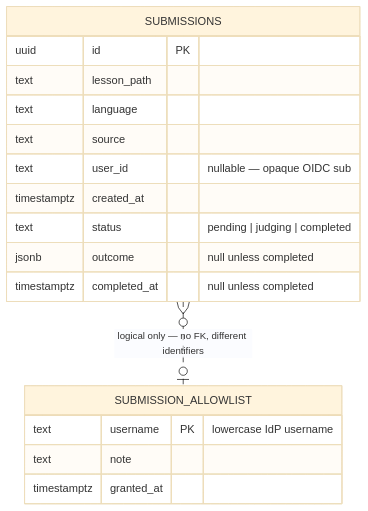
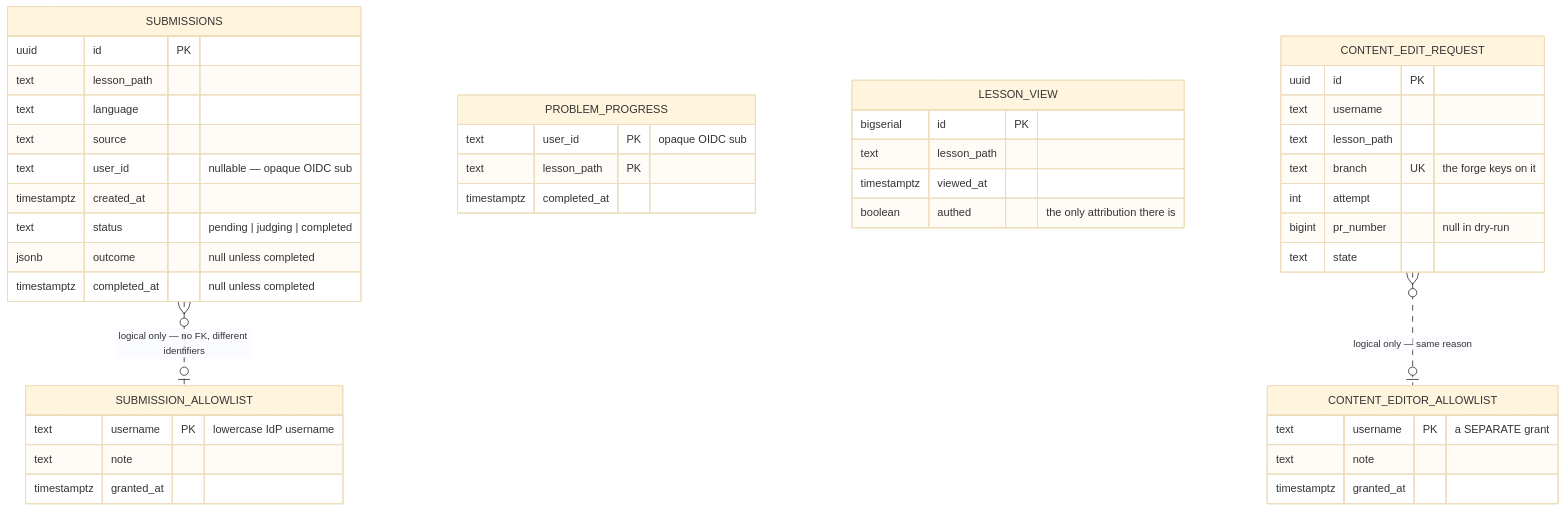
The diagram in synapse-app-from-scratch/02-low-level-design/_c4-docs/safDb.md (ani2fun/synapse-content), drawn with Mermaid (base theme) before and after one commit. The commit also changed other lines of this file and 29 other files, not shown here.

````diff
--- a/synapse-app-from-scratch/02-low-level-design/_c4-docs/safDb.md
+++ b/synapse-app-from-scratch/02-low-level-design/_c4-docs/safDb.md
@@ -12,20 +12,46 @@
 ```mermaid
 erDiagram
     SUBMISSIONS {
         uuid id PK
         text lesson_path
         text language
         text source
         text user_id "nullable — opaque OIDC sub"
         timestamptz created_at
         text status "pending | judging | completed"
         jsonb outcome "null unless completed"
         timestamptz completed_at "null unless completed"
     }
     SUBMISSION_ALLOWLIST {
         text username PK "lowercase IdP username"
         text note
         timestamptz granted_at
     }
+    PROBLEM_PROGRESS {
+        text user_id PK "opaque OIDC sub"
+        text lesson_path PK
+        timestamptz completed_at
+    }
+    LESSON_VIEW {
+        bigserial id PK
+        text lesson_path
+        timestamptz viewed_at
+        boolean authed "the only attribution there is"
+    }
+    CONTENT_EDITOR_ALLOWLIST {
+        text username PK "a SEPARATE grant"
+        text note
+        timestamptz granted_at
+    }
+    CONTENT_EDIT_REQUEST {
+        uuid id PK
+        text username
+        text lesson_path
+        text branch UK "the forge keys on it"
+        int attempt
+        bigint pr_number "null in dry-run"
+        text state
+    }
     SUBMISSIONS }o..o| SUBMISSION_ALLOWLIST : "logical only — no FK, different identifiers"
+    CONTENT_EDIT_REQUEST }o..o| CONTENT_EDITOR_ALLOWLIST : "logical only — same reason"
 ```
````
